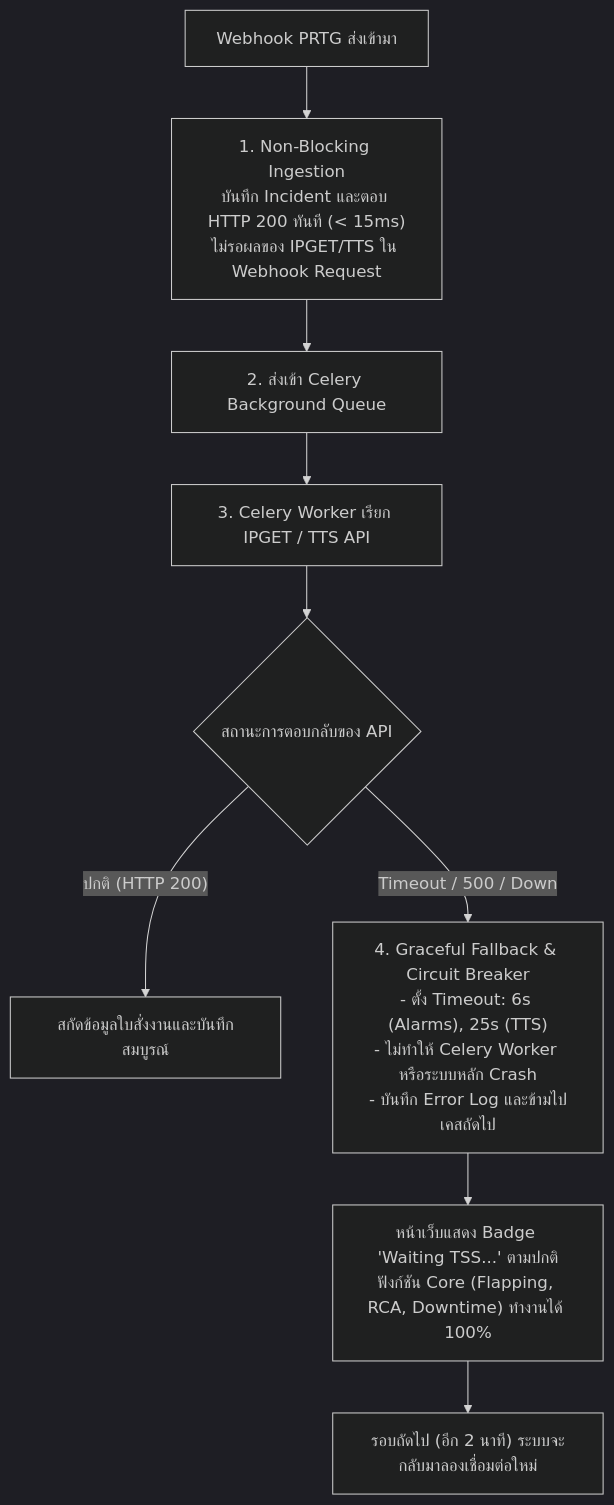
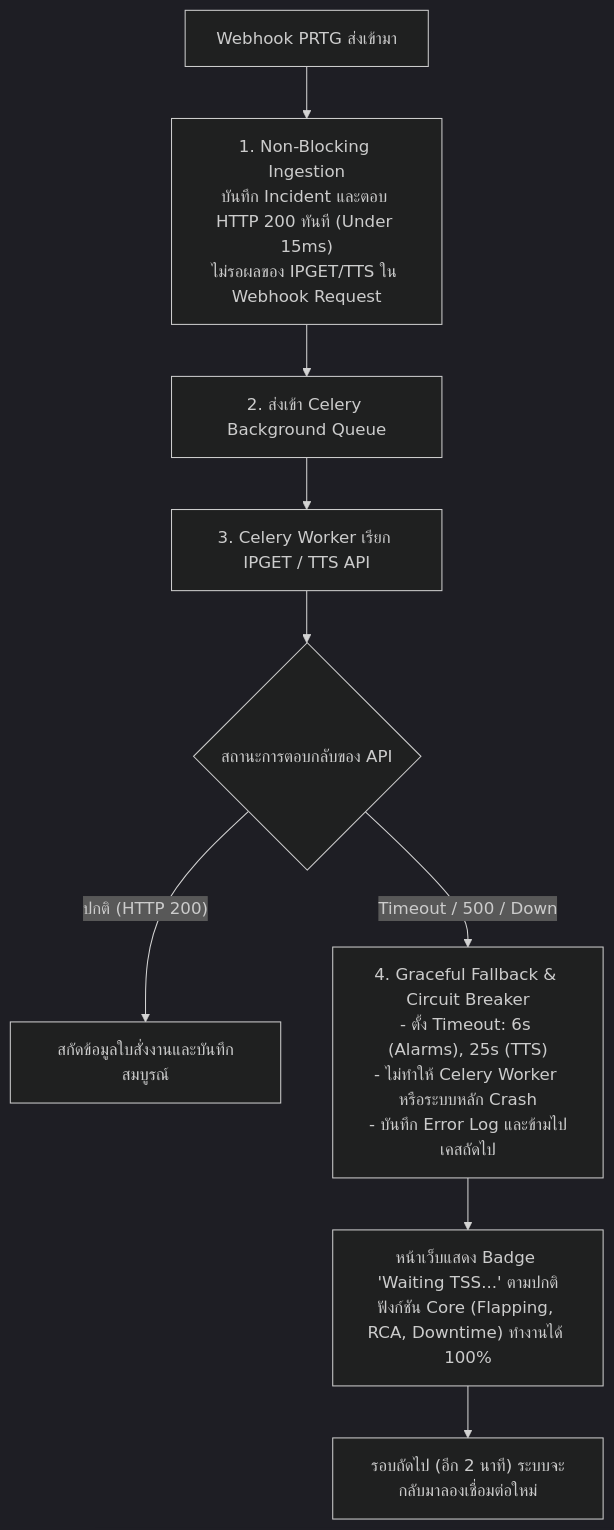
Before and after one commit to gnohpmos/event-analyzer: the eighth of 9 diagrams in system_workflow_update.md, drawn with Mermaid (dark theme). The commit also changed other lines of this file, not shown here.

Commit message:
feat: integrate IPGET & TTS APIs, compact status column, and update workflow doc

````diff
--- a/system_workflow_update.md
+++ b/system_workflow_update.md
@@ -304,18 +304,18 @@
 ```mermaid
 flowchart TD
-    Incoming["Webhook PRTG ส่งเข้ามา"] --> AsyncSave["1. Non-Blocking Ingestion<br>บันทึก Incident และตอบ HTTP 200 ทันที (< 15ms)<br>ไม่รอผลของ IPGET/TTS ใน Webhook Request"]
+    Incoming["Webhook PRTG ส่งเข้ามา"] --> AsyncSave["1. Non-Blocking Ingestion<br>บันทึก Incident และตอบ HTTP 200 ทันที (Under 15ms)<br>ไม่รอผลของ IPGET/TTS ใน Webhook Request"]
     
     AsyncSave --> CeleryQueue["2. ส่งเข้า Celery Background Queue"]
     
     CeleryQueue --> CallAPI["3. Celery Worker เรียก IPGET / TTS API"]
     
     CallAPI --> CheckResp{"สถานะการตอบกลับของ API"}
     
     CheckResp -- "ปกติ (HTTP 200)" --> EnrichData["สกัดข้อมูลใบสั่งงานและบันทึกสมบูรณ์"]
     
     CheckResp -- "Timeout / 500 / Down" --> SafeFallback["4. Graceful Fallback & Circuit Breaker<br>- ตั้ง Timeout: 6s (Alarms), 25s (TTS)<br>- ไม่ทำให้ Celery Worker หรือระบบหลัก Crash<br>- บันทึก Error Log และข้ามไปเคสถัดไป"]
     
     SafeFallback --> WaitingBadge["หน้าเว็บแสดง Badge 'Waiting TSS...' ตามปกติ<br>ฟังก์ชัน Core (Flapping, RCA, Downtime) ทำงานได้ 100%"]
     
     WaitingBadge --> RetryLater["รอบถัดไป (อีก 2 นาที) ระบบจะกลับมาลองเชื่อมต่อใหม่"]
 ```
````
